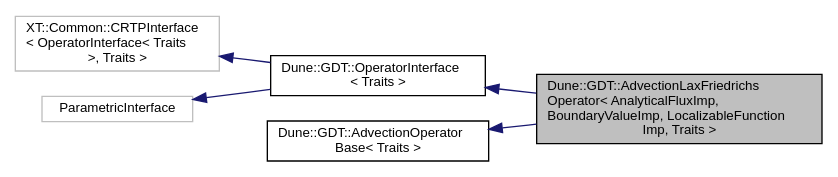
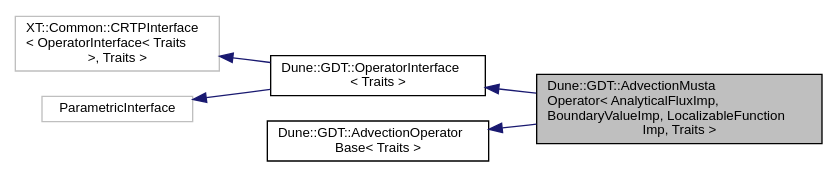
Before and after one commit to dune-community/dune-community.github.io: the diagram in docs/dune-gdt/''/a01878.dot, drawn with Graphviz. The commit also changed 2733 other files, not shown here.

Commit message:
Updated documentation for dune-gdt ''

```diff
--- a/docs/dune-gdt/''/a01878.dot
+++ b/docs/dune-gdt/''/a01878.dot
@@ -1,15 +1,15 @@
-digraph "Dune::GDT::AdvectionLaxFriedrichsOperator&lt; AnalyticalFluxImp, BoundaryValueImp, LocalizableFunctionImp, Traits &gt;"
+digraph "Dune::GDT::AdvectionMustaOperator&lt; AnalyticalFluxImp, BoundaryValueImp, LocalizableFunctionImp, Traits &gt;"
 {
   edge [fontname="Helvetica",fontsize="10",labelfontname="Helvetica",labelfontsize="10"];
   node [fontname="Helvetica",fontsize="10",shape=record];
   rankdir="LR";
-  Node0 [label="Dune::GDT::AdvectionLaxFriedrichs\lOperator\< AnalyticalFluxImp,\l BoundaryValueImp, LocalizableFunction\lImp, Traits \>",height=0.2,width=0.4,color="black", fillcolor="grey75", style="filled", fontcolor="black"];
+  Node0 [label="Dune::GDT::AdvectionMusta\lOperator\< AnalyticalFluxImp,\l BoundaryValueImp, LocalizableFunction\lImp, Traits \>",height=0.2,width=0.4,color="black", fillcolor="grey75", style="filled", fontcolor="black"];
   Node1 -> Node0 [dir="back",color="midnightblue",fontsize="10",style="solid",fontname="Helvetica"];
-  Node1 [label="Dune::GDT::OperatorInterface\l\< Traits \>",height=0.2,width=0.4,color="black", fillcolor="white", style="filled",URL="$a02139.html"];
+  Node1 [label="Dune::GDT::OperatorInterface\l\< Traits \>",height=0.2,width=0.4,color="black", fillcolor="white", style="filled",URL="$a02123.html"];
   Node2 -> Node1 [dir="back",color="midnightblue",fontsize="10",style="solid",fontname="Helvetica"];
   Node2 [label="XT::Common::CRTPInterface\l\< OperatorInterface\< Traits\l \>, Traits \>",height=0.2,width=0.4,color="grey75", fillcolor="white", style="filled"];
   Node3 -> Node1 [dir="back",color="midnightblue",fontsize="10",style="solid",fontname="Helvetica"];
   Node3 [label="ParametricInterface",height=0.2,width=0.4,color="grey75", fillcolor="white", style="filled"];
   Node4 -> Node0 [dir="back",color="midnightblue",fontsize="10",style="solid",fontname="Helvetica"];
-  Node4 [label="Dune::GDT::AdvectionOperator\lBase\< Traits \>",height=0.2,width=0.4,color="black", fillcolor="white", style="filled",URL="$a01851.html"];
+  Node4 [label="Dune::GDT::AdvectionOperator\lBase\< Traits \>",height=0.2,width=0.4,color="black", fillcolor="white", style="filled",URL="$a01835.html"];
 }
```
